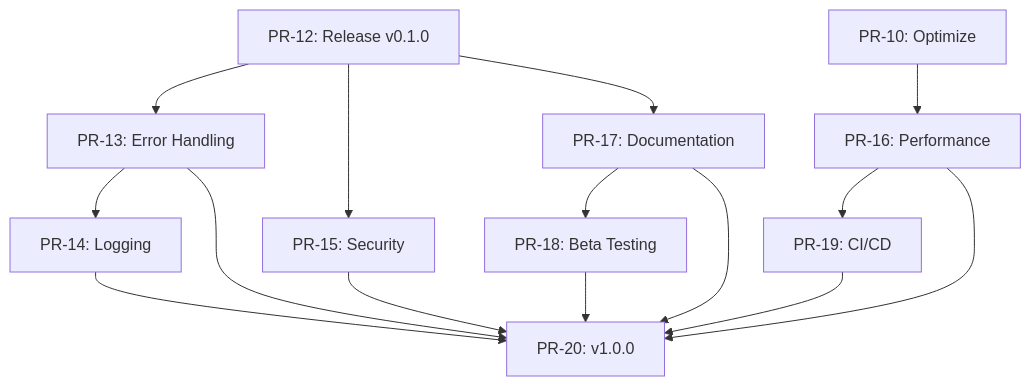
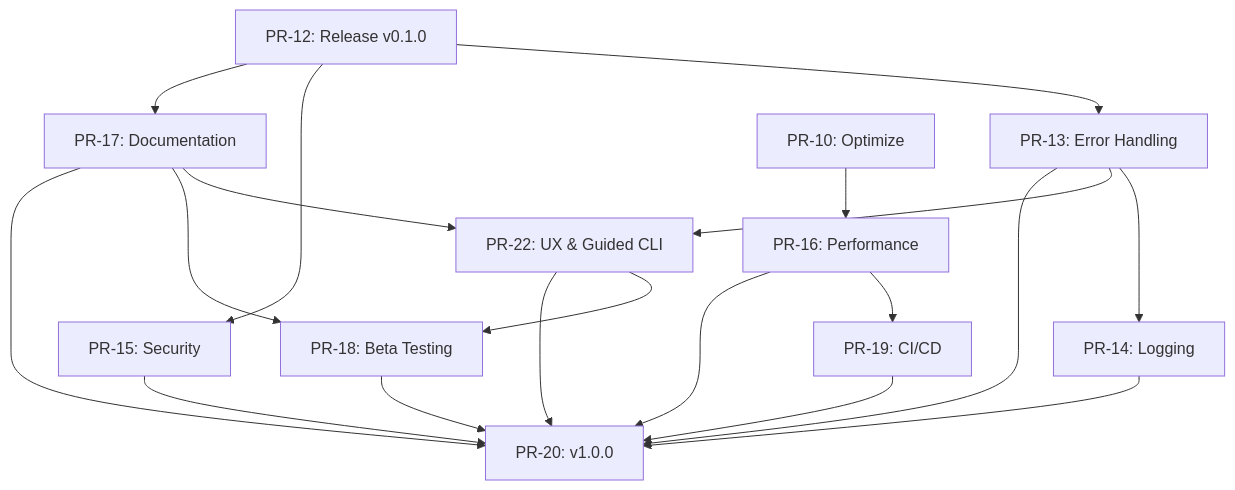
The first of 2 diagrams in docs/PLAN.md (takurot/mlprep), drawn with Mermaid before and after one commit. The commit also changed other lines of this file and 1 other file, not shown here.

````diff
--- a/docs/PLAN.md
+++ b/docs/PLAN.md
@@ -339,11 +352,13 @@
 ```mermaid
 graph TD
     PR12[PR-12: Release v0.1.0] --> PR13[PR-13: Error Handling]
     PR12 --> PR15[PR-15: Security]
     PR12 --> PR17[PR-17: Documentation]
     PR10[PR-10: Optimize] --> PR16[PR-16: Performance]
     PR13 --> PR14[PR-14: Logging]
-    PR17 --> PR18[PR-18: Beta Testing]
+    PR13 --> PR22[PR-22: UX & Guided CLI]
+    PR17 --> PR22
+    PR17 & PR22 --> PR18[PR-18: Beta Testing]
     PR16 --> PR19[PR-19: CI/CD]
-    PR13 & PR14 & PR15 & PR16 & PR17 & PR18 & PR19 --> PR20[PR-20: v1.0.0]
+    PR13 & PR14 & PR15 & PR16 & PR17 & PR18 & PR19 & PR22 --> PR20[PR-20: v1.0.0]
 ```
````
